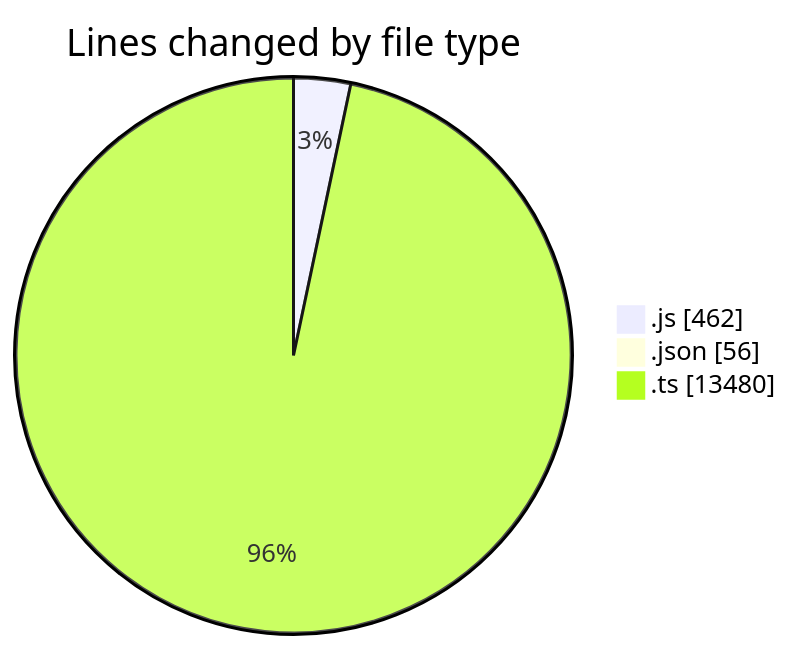
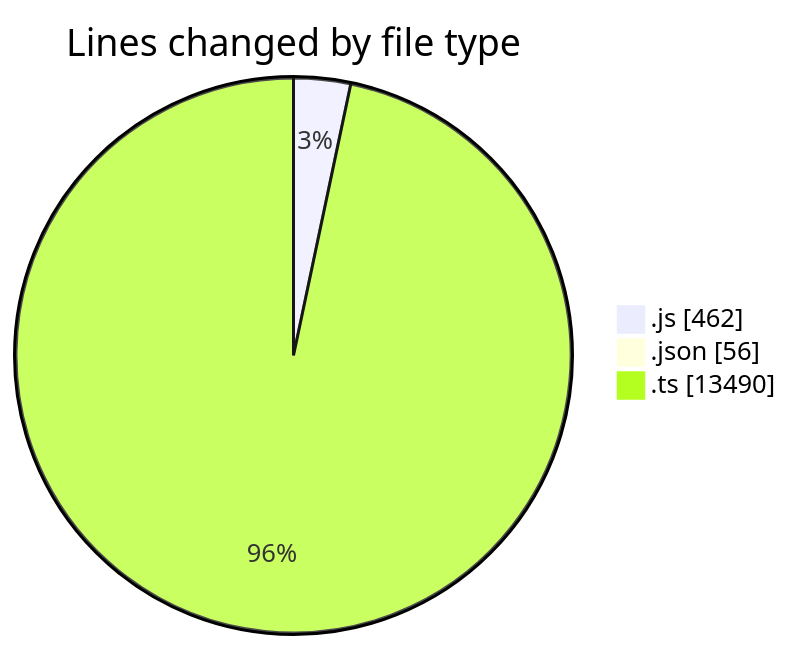
The first of 2 diagrams in 2025-09-04/cda/README.md (momahboobian/code-tracking), drawn with Mermaid before and after one commit. The commit also changed other lines of this file and 1 other file, not shown here.

````diff
--- a/2025-09-04/cda/README.md
+++ b/2025-09-04/cda/README.md
@@ -32,7 +32,7 @@
 ```mermaid
 pie showData
 title Lines changed by file type
 ".js" : 462
 ".json" : 56
-".ts" : 13480
+".ts" : 13490
 ```
````
